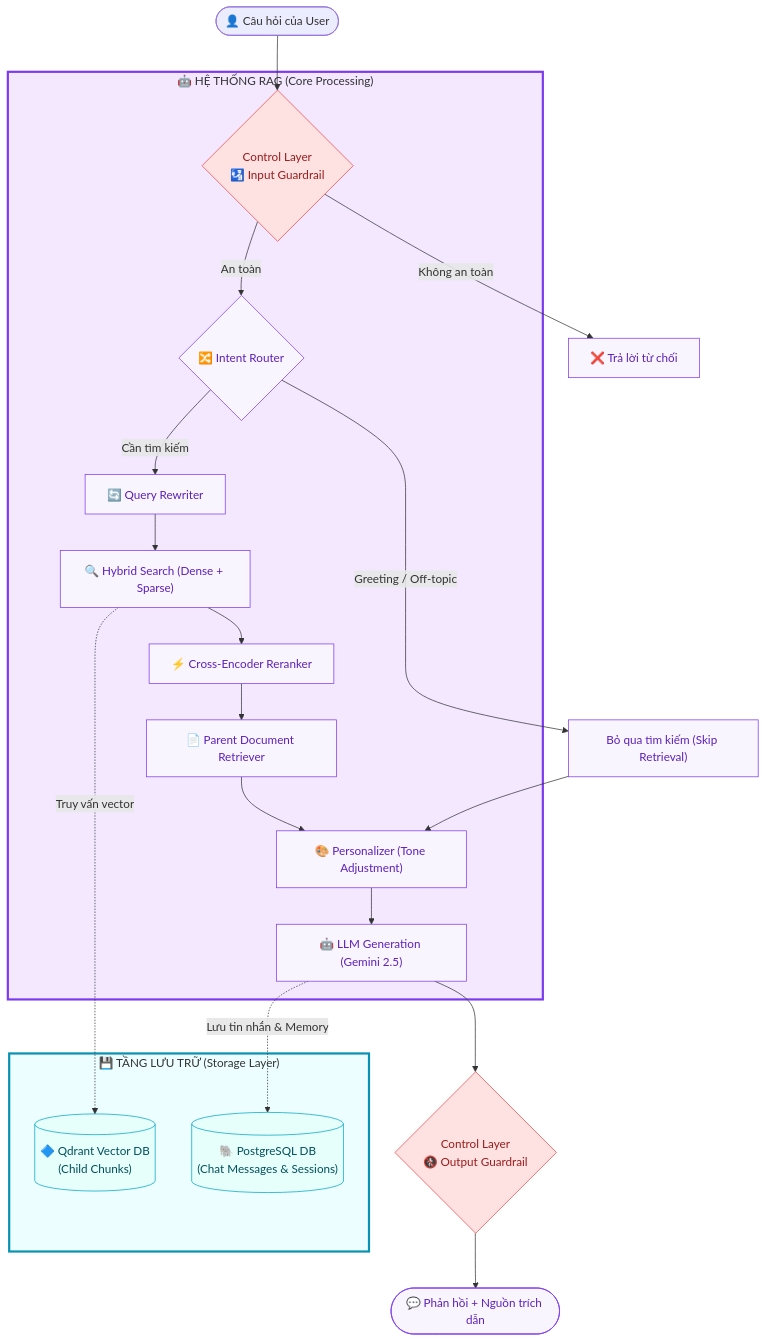
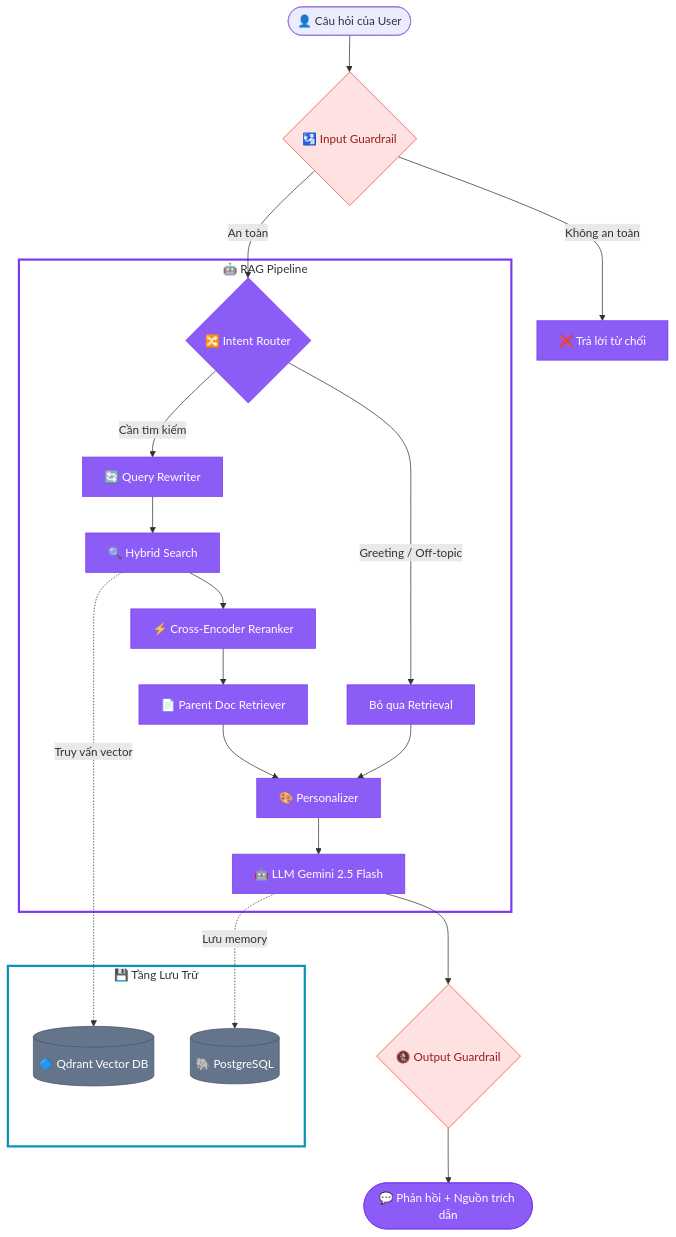
Before and after one commit to VTD0102/Loan_ETL: the diagram in docs/rag/rag_system_overview.md, drawn with Mermaid. The commit also changed 1 other file, not shown here.

Commit message:
fix: transparent subgraph bg, fix RAG diagram render

````diff
--- a/docs/rag/rag_system_overview.md
+++ b/docs/rag/rag_system_overview.md
@@ -13,42 +13,42 @@
 ```mermaid
 flowchart TD
-    User([👤 Câu hỏi của User]) --> IG{"Control Layer<br/>🛂 Input Guardrail"}
-    
-    subgraph RAG_BLOCK["🤖 HỆ THỐNG RAG (Core Processing)"]
-        IG -->|An toàn| IR{"🔀 Intent Router"}
-        IR -->|Cần tìm kiếm| QR["🔄 Query Rewriter"]
-        QR --> HS["🔍 Hybrid Search (Dense + Sparse)"]
-        HS --> RR["⚡ Cross-Encoder Reranker"]
-        RR --> PD["📄 Parent Document Retriever"]
-        PD --> PS["🎨 Personalizer (Tone Adjustment)"]
-        PS --> LLM["🤖 LLM Generation (Gemini 2.5)"]
-    end
-    
-    subgraph STORAGE_BLOCK["💾 TẦNG LƯU TRỮ (Storage Layer)"]
-        DB_QD[("🔷 Qdrant Vector DB<br/>(Child Chunks)")]
-        DB_PG[("🐘 PostgreSQL DB<br/>(Chat Messages & Sessions)")]
+    User([👤 Câu hỏi của User]) --> IG{🛂 Input Guardrail}
+    IG -->|Không an toàn| Reject[❌ Trả lời từ chối]
+    IG -->|An toàn| IR
+
+    subgraph RAG_BLOCK["🤖 RAG Pipeline"]
+        IR{🔀 Intent Router}
+        IR -->|Cần tìm kiếm| QR[🔄 Query Rewriter]
+        QR --> HS[🔍 Hybrid Search]
+        HS --> RR[⚡ Cross-Encoder Reranker]
+        RR --> PD[📄 Parent Doc Retriever]
+        IR -->|Greeting / Off-topic| Skip[Bỏ qua Retrieval]
+        PD --> PS[🎨 Personalizer]
+        Skip --> PS
+        PS --> LLM[🤖 LLM Gemini 2.5 Flash]
     end
 
-    %% Tương tác với tầng lưu trữ
+    subgraph STORAGE_BLOCK["💾 Tầng Lưu Trữ"]
+        DB_QD[(🔷 Qdrant Vector DB)]
+        DB_PG[(🐘 PostgreSQL)]
+    end
+
     HS -.->|Truy vấn vector| DB_QD
-    LLM -.->|Lưu tin nhắn & Memory| DB_PG
-    IR -->|Greeting / Off-topic| Skip["Bỏ qua tìm kiếm (Skip Retrieval)"]
-    Skip --> PS
-    
-    LLM --> OG{"Control Layer<br/>🚷 Output Guardrail"}
-    IG -->|Không an toàn| Reject["❌ Trả lời từ chối"]
+    LLM -.->|Lưu memory| DB_PG
+
+    LLM --> OG{🚷 Output Guardrail}
     OG --> Response([💬 Phản hồi + Nguồn trích dẫn])
-    
-    %% ====== SUBGRAPH STYLING (BORDERS & COLORS) ======
-    style RAG_BLOCK fill:#f3e8ff,stroke:#7c3aed,stroke-width:3px
-    style STORAGE_BLOCK fill:#ecfeff,stroke:#0891b2,stroke-width:3px
-    
-    %% ====== NODE STYLING ======
-    classDef control fill:#fee2e2,stroke:#ef4444,color:#991b1b
-    classDef ragNode fill:#f9f5ff,stroke:#7c3aed,color:#5b21b6
-    classDef storageNode fill:#e6fffa,stroke:#00a3c4,color:#004f5e
-    
-    class IG,OG control
-    class IR,QR,HS,RR,PD,PS,LLM,Skip,Reject,Response ragNode
-    class DB_QD,DB_PG storageNode
+
+    %% ====== SUBGRAPH: chỉ kẻ viền, nền trong suốt ======
+    style RAG_BLOCK fill:transparent,stroke:#7c3aed,stroke-width:3px
+    style STORAGE_BLOCK fill:transparent,stroke:#0891b2,stroke-width:3px
+
+    %% ====== NODE: tô màu các khối chức năng ======
+    classDef guard fill:#fee2e2,stroke:#ef4444,color:#991b1b
+    classDef rag fill:#8b5cf6,stroke:#7c3aed,color:#fff
+    classDef store fill:#64748b,stroke:#475569,color:#fff
+
+    class IG,OG guard
+    class IR,QR,HS,RR,PD,PS,LLM,Skip,Reject,Response rag
+    class DB_QD,DB_PG store
 ```
````
